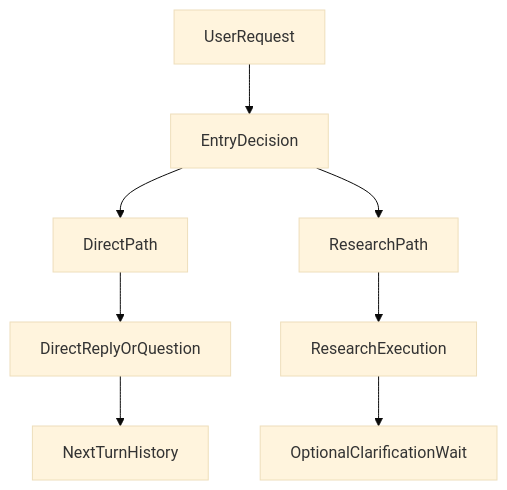
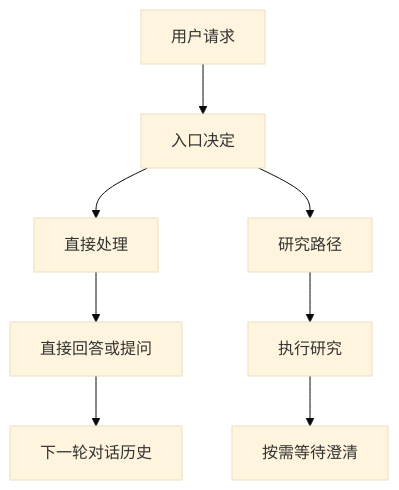
The third of 6 diagrams in articles/022-agent-entry-from-intent-to-direct-research.md (hpoenixf/eff-agent-article), drawn with Mermaid (base theme) before and after one commit. The commit also changed other lines of this file and 52 other files, not shown here.

Commit message:
docs: localize diagrams and clarify flagship guides

````diff
--- a/articles/022-agent-entry-from-intent-to-direct-research.md
+++ b/articles/022-agent-entry-from-intent-to-direct-research.md
@@ -244,10 +244,10 @@
 ```mermaid
 graph TD
-UserRequest --> EntryDecision
-EntryDecision --> DirectPath
-EntryDecision --> ResearchPath
-DirectPath --> DirectReplyOrQuestion
-DirectReplyOrQuestion --> NextTurnHistory
-ResearchPath --> ResearchExecution
-ResearchExecution --> OptionalClarificationWait
+UserRequest["用户请求"] --> EntryDecision["入口决定"]
+EntryDecision --> DirectPath["直接处理"]
+EntryDecision --> ResearchPath["研究路径"]
+DirectPath --> DirectReplyOrQuestion["直接回答或提问"]
+DirectReplyOrQuestion --> NextTurnHistory["下一轮对话历史"]
+ResearchPath --> ResearchExecution["执行研究"]
+ResearchExecution --> OptionalClarificationWait["按需等待澄清"]
 ```
````
